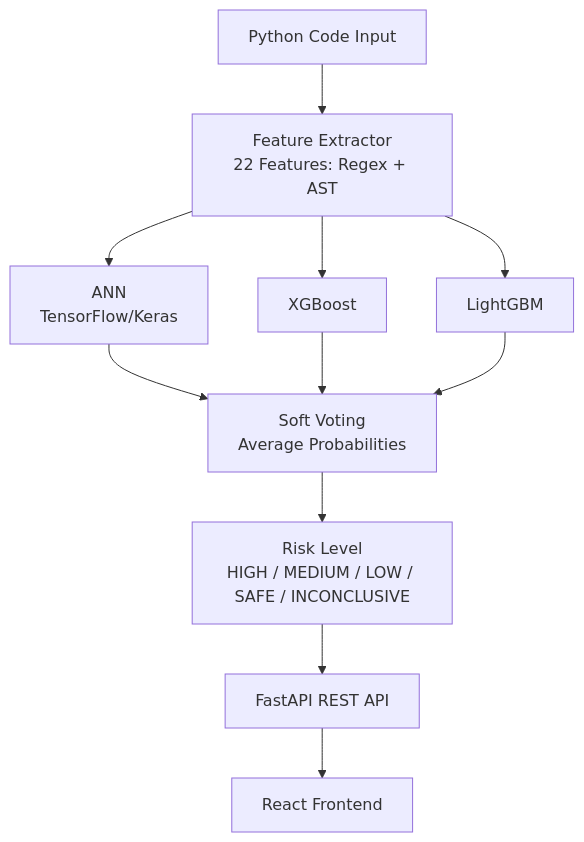
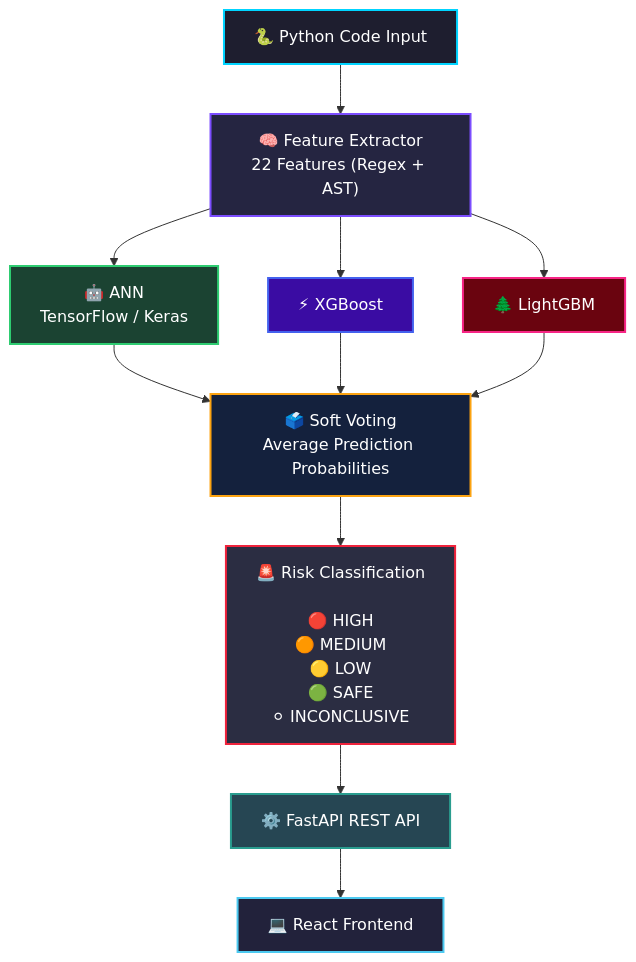
Before and after one commit to AdeenaRamzan/securescope-ai: the diagram in README.md, drawn with Mermaid. The commit also changed other lines of this file, not shown here.

````diff
--- a/README.md
+++ b/README.md
@@ -35,17 +63,28 @@
 ```mermaid
 flowchart TD
-    A[Python Code Input] --> B[Feature Extractor<br/>22 Features: Regex + AST]
 
-    B --> C[ANN<br/>TensorFlow/Keras]
-    B --> D[XGBoost]
-    B --> E[LightGBM]
+    A["🐍 Python Code Input"] --> B["🧠 Feature Extractor<br/>22 Features (Regex + AST)"]
 
-    C --> F[Soft Voting<br/>Average Probabilities]
+    B --> C["🤖 ANN<br/>TensorFlow / Keras"]
+    B --> D["⚡ XGBoost"]
+    B --> E["🌲 LightGBM"]
+
+    C --> F["🗳️ Soft Voting<br/>Average Prediction Probabilities"]
     D --> F
     E --> F
 
-    F --> G[Risk Level<br/>HIGH / MEDIUM / LOW / SAFE / INCONCLUSIVE]
+    F --> G["🚨 Risk Classification<br/><br/>🔴 HIGH<br/>🟠 MEDIUM<br/>🟡 LOW<br/>🟢 SAFE<br/>⚪ INCONCLUSIVE"]
 
-    G --> H[FastAPI REST API]
-    H --> I[React Frontend]
+    G --> H["⚙️ FastAPI REST API"]
+    H --> I["💻 React Frontend"]
+
+    style A fill:#1e1e2f,color:#fff,stroke:#00d4ff,stroke-width:2px
+    style B fill:#252541,color:#fff,stroke:#7c4dff,stroke-width:2px
+    style C fill:#1b4332,color:#fff,stroke:#2ecc71,stroke-width:2px
+    style D fill:#3a0ca3,color:#fff,stroke:#4361ee,stroke-width:2px
+    style E fill:#6a040f,color:#fff,stroke:#f72585,stroke-width:2px
+    style F fill:#14213d,color:#fff,stroke:#fca311,stroke-width:2px
+    style G fill:#2b2d42,color:#fff,stroke:#ef233c,stroke-width:2px
+    style H fill:#264653,color:#fff,stroke:#2a9d8f,stroke-width:2px
+    style I fill:#22223b,color:#fff,stroke:#4cc9f0,stroke-width:2px
 ```
````
